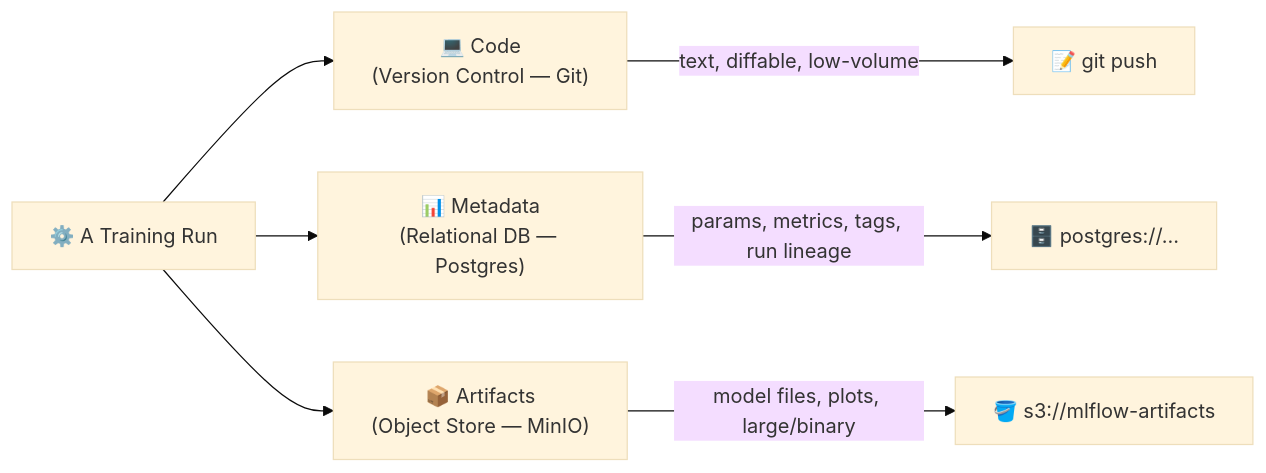
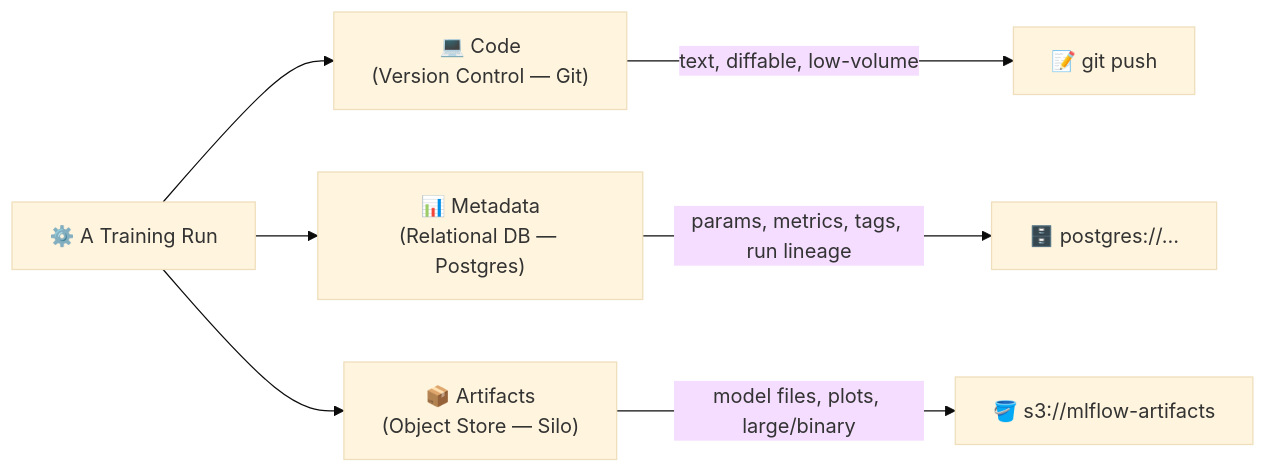
One commit to Fava00/mlops-course changed the fourth of 7 diagrams in lectures/week-02-reproducible-runtimes/slides.md. Above: the diagram before and after it, drawn with Mermaid (base theme). The commit also changed other lines of this file and 53 other files, not shown here.

````diff
--- a/lectures/week-02-reproducible-runtimes/slides.md
+++ b/lectures/week-02-reproducible-runtimes/slides.md
@@ -296,10 +303,10 @@
 ```mermaid
 graph LR
     RUN["⚙️ A Training Run"] --> CODE["💻 Code\n(Version Control — Git)"]
     RUN --> META["📊 Metadata\n(Relational DB — Postgres)"]
-    RUN --> ART["📦 Artifacts\n(Object Store — MinIO)"]
+    RUN --> ART["📦 Artifacts\n(Object Store — Silo)"]
 
     CODE -->|"text, diffable, low-volume"| GIT["📝 git push"]
     META -->|"params, metrics, tags, run lineage"| PG["🗄️ postgres://…"]
     ART  -->|"model files, plots, large/binary"| S3["🪣 s3://mlflow-artifacts"]
 ```
````
